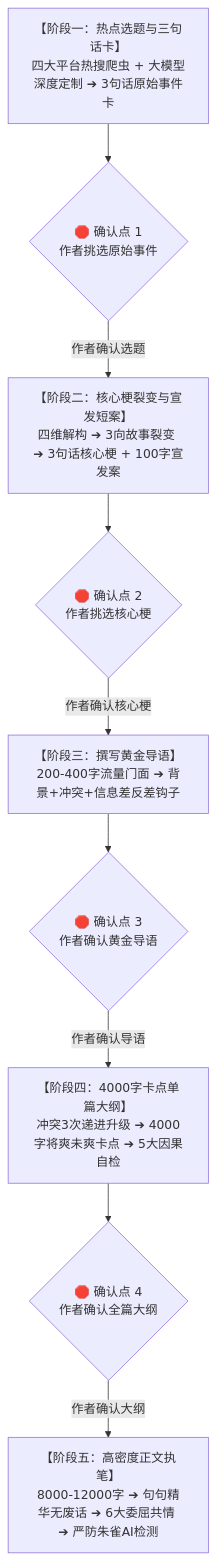
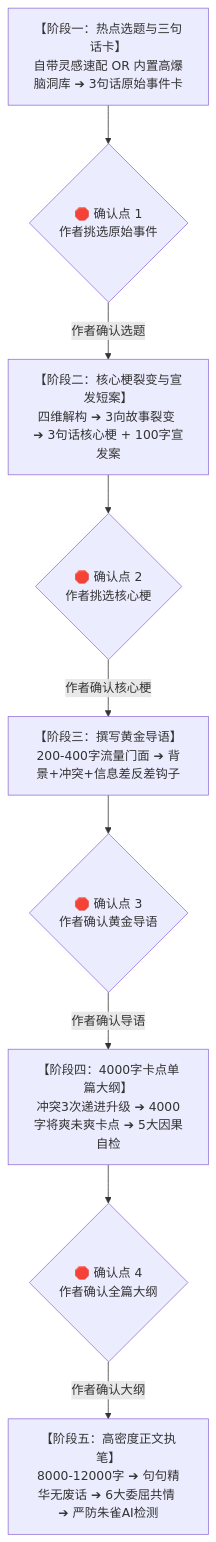
The diagram in 短篇专区/SKILL.md (Sun-tech2020/novel-master), drawn with Mermaid before and after one commit. The commit also changed other lines of this file and 3 other files, not shown here.

````diff
--- a/短篇专区/SKILL.md
+++ b/短篇专区/SKILL.md
@@ -18,11 +18,11 @@
 ```mermaid
 flowchart TD
-    S1["【阶段一：热点选题与三句话卡】<br>四大平台热搜爬虫 + 大模型深度定制 ➔ 3句话原始事件卡"] --> P1{"🛑 确认点 1<br>作者挑选原始事件"}
+    S1["【阶段一：热点选题与三句话卡】<br>自带灵感速配 OR 内置高爆脑洞库 ➔ 3句话原始事件卡"] --> P1{"🛑 确认点 1<br>作者挑选原始事件"}
     P1 -->|作者确认选题| S2["【阶段二：核心梗裂变与宣发短案】<br>四维解构 ➔ 3向故事裂变 ➔ 3句话核心梗 + 100字宣发案"]
     S2 --> P2{"🛑 确认点 2<br>作者挑选核心梗"}
     P2 -->|作者确认核心梗| S3["【阶段三：撰写黄金导语】<br>200-400字流量门面 ➔ 背景+冲突+信息差反差钩子"]
     S3 --> P3{"🛑 确认点 3<br>作者确认黄金导语"}
     P3 -->|作者确认导语| S4["【阶段四：4000字卡点单篇大纲】<br>冲突3次递进升级 ➔ 4000字将爽未爽卡点 ➔ 5大因果自检"]
     S4 --> P4{"🛑 确认点 4<br>作者确认全篇大纲"}
     P4 -->|作者确认大纲| S5["【阶段五：高密度正文执笔】<br>8000-12000字 ➔ 句句精华无废话 ➔ 6大委屈共情 ➔ 严防朱雀AI检测"]
 ```
````
